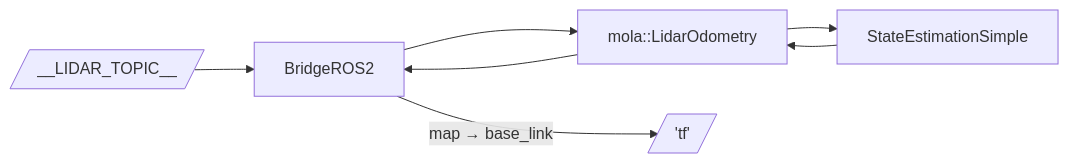
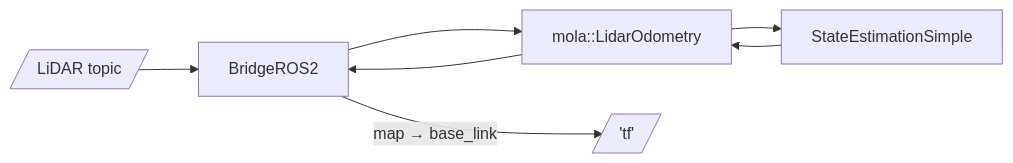
One commit to ros2-gbp/mola-release changed the fourth of 11 diagrams in docs/source/mola_ros2_configurations.rst. Above: the diagram before and after it, drawn with Mermaid. The commit also changed other lines of this file and 119 other files, not shown here.

```diff
--- a/docs/source/mola_ros2_configurations.rst
+++ b/docs/source/mola_ros2_configurations.rst
@@ -258,9 +289,9 @@
 .. mermaid::
 
    flowchart LR
-     lidar[/"__LIDAR_TOPIC__"/] --> bridge[BridgeROS2]
+     lidar[/"LiDAR topic"/] --> bridge[BridgeROS2]
      bridge --> lo[mola::LidarOdometry]
      lo --> se[StateEstimationSimple]
      lo --> bridge
      se --> lo
      bridge -->|map → base_link| tfout[/'tf'/]
```
